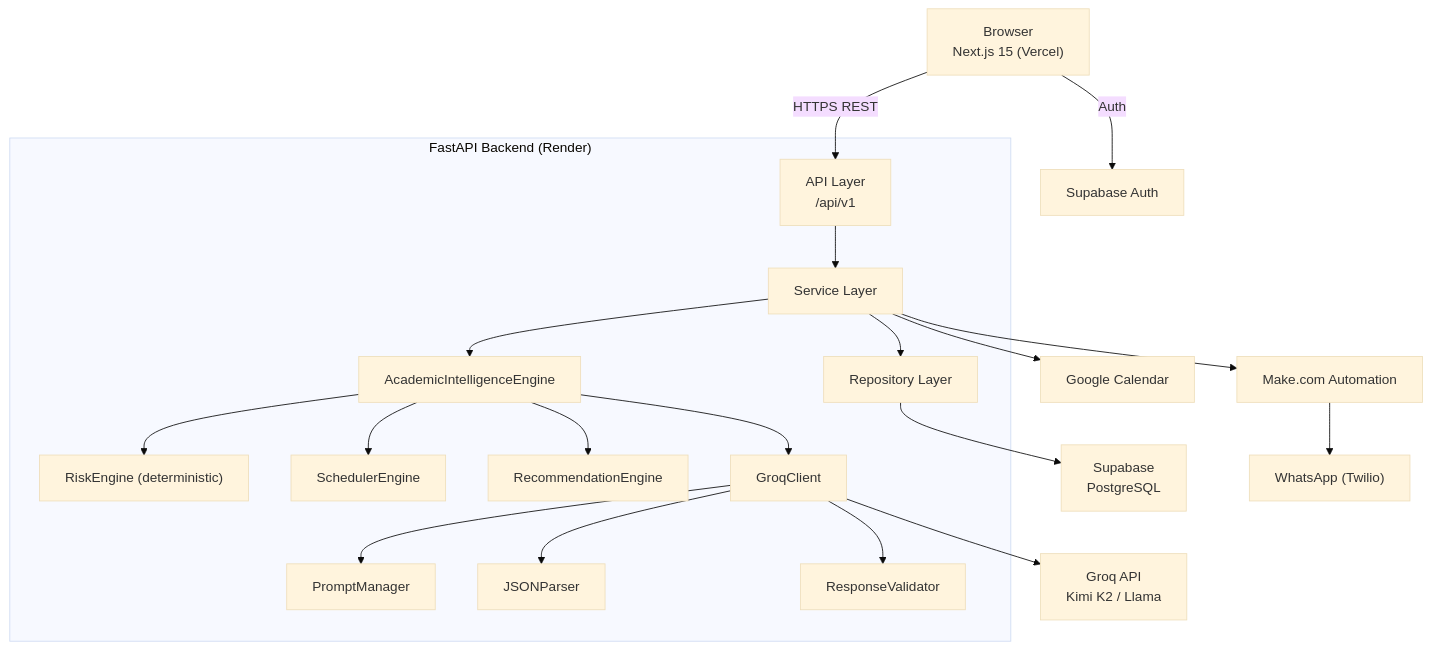
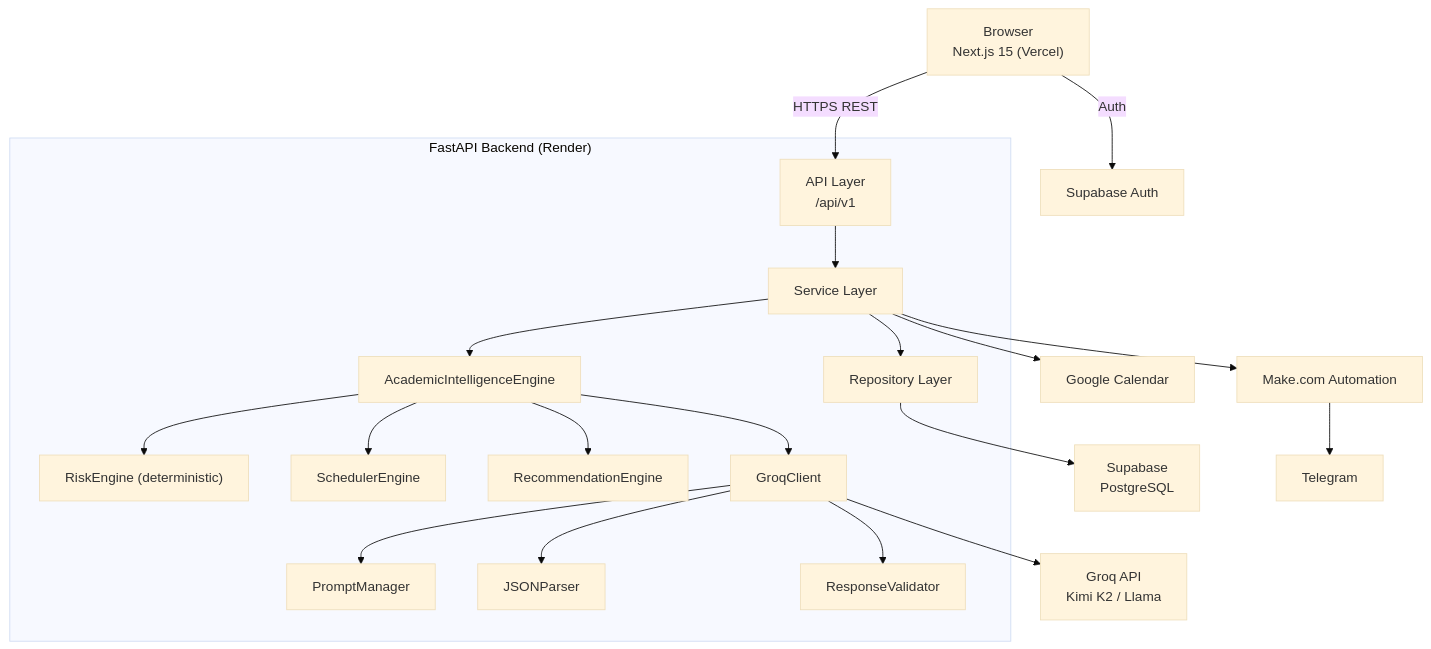
The first of 9 diagrams in docs/ARCHITECTURE.md (AdharshJolly/Academix), drawn with Mermaid (base theme) before and after one commit. The commit also changed other lines of this file and 9 other files, not shown here.

First line of the commit message:
Refactor CampusFlow to replace WhatsApp with Telegram for reminders and notifications

````diff
--- a/docs/ARCHITECTURE.md
+++ b/docs/ARCHITECTURE.md
@@ -9,43 +9,43 @@
 ```mermaid
 graph TD
     Browser["Browser\nNext.js 15 (Vercel)"]
 
     subgraph Backend ["FastAPI Backend (Render)"]
         API["API Layer\n/api/v1"]
         SVC["Service Layer"]
         REPO["Repository Layer"]
         AIE["AcademicIntelligenceEngine"]
         RISK["RiskEngine (deterministic)"]
         SCHED["SchedulerEngine"]
         REC["RecommendationEngine"]
         GROQ["GroqClient"]
         PM["PromptManager"]
         JP["JSONParser"]
         RV["ResponseValidator"]
     end
 
     DB["Supabase\nPostgreSQL"]
     GROQ_API["Groq API\nKimi K2 / Llama"]
     MAKE["Make.com Automation"]
     GCAL["Google Calendar"]
-    WA["WhatsApp (Twilio)"]
+    WA["Telegram"]
     SUPA["Supabase Auth"]
 
     Browser -- "HTTPS REST" --> API
     Browser -- "Auth" --> SUPA
     API --> SVC
     SVC --> AIE
     SVC --> REPO
     REPO --> DB
     AIE --> RISK
     AIE --> SCHED
     AIE --> REC
     AIE --> GROQ
     GROQ --> PM
     GROQ --> JP
     GROQ --> RV
     GROQ --> GROQ_API
     SVC --> GCAL
     SVC --> MAKE
     MAKE --> WA
 ```
````
